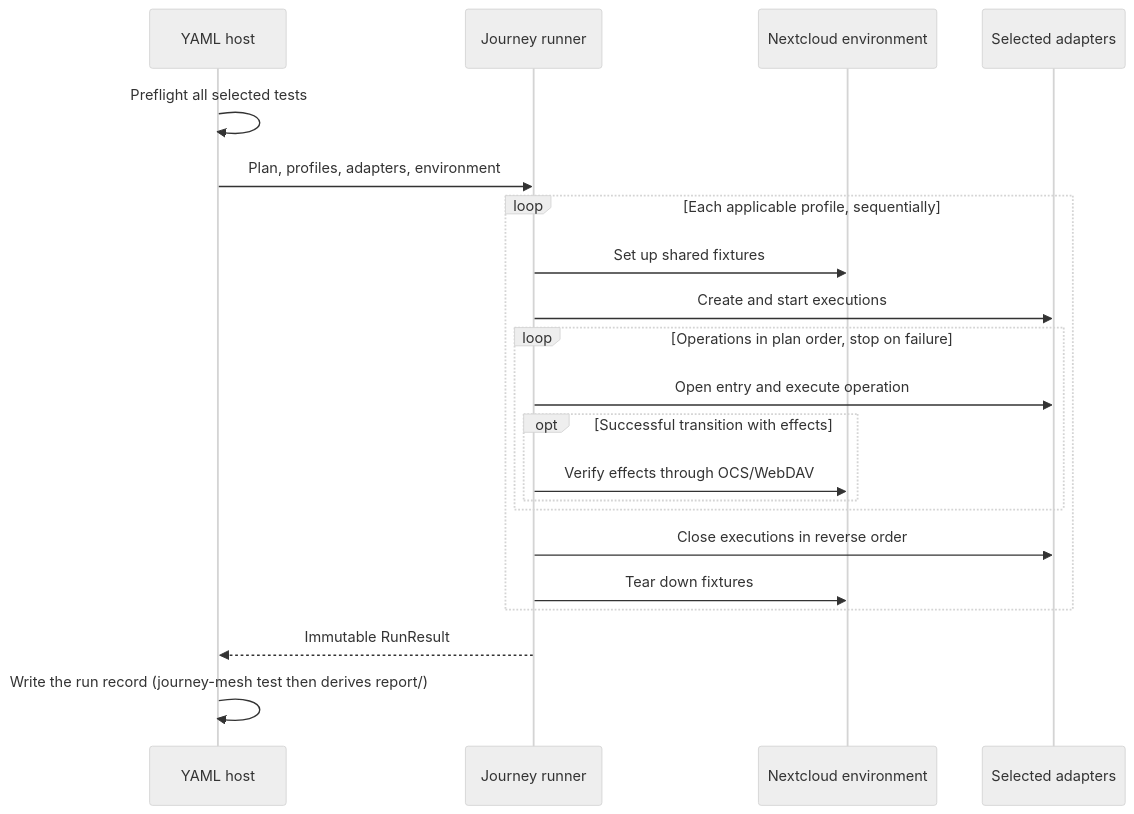
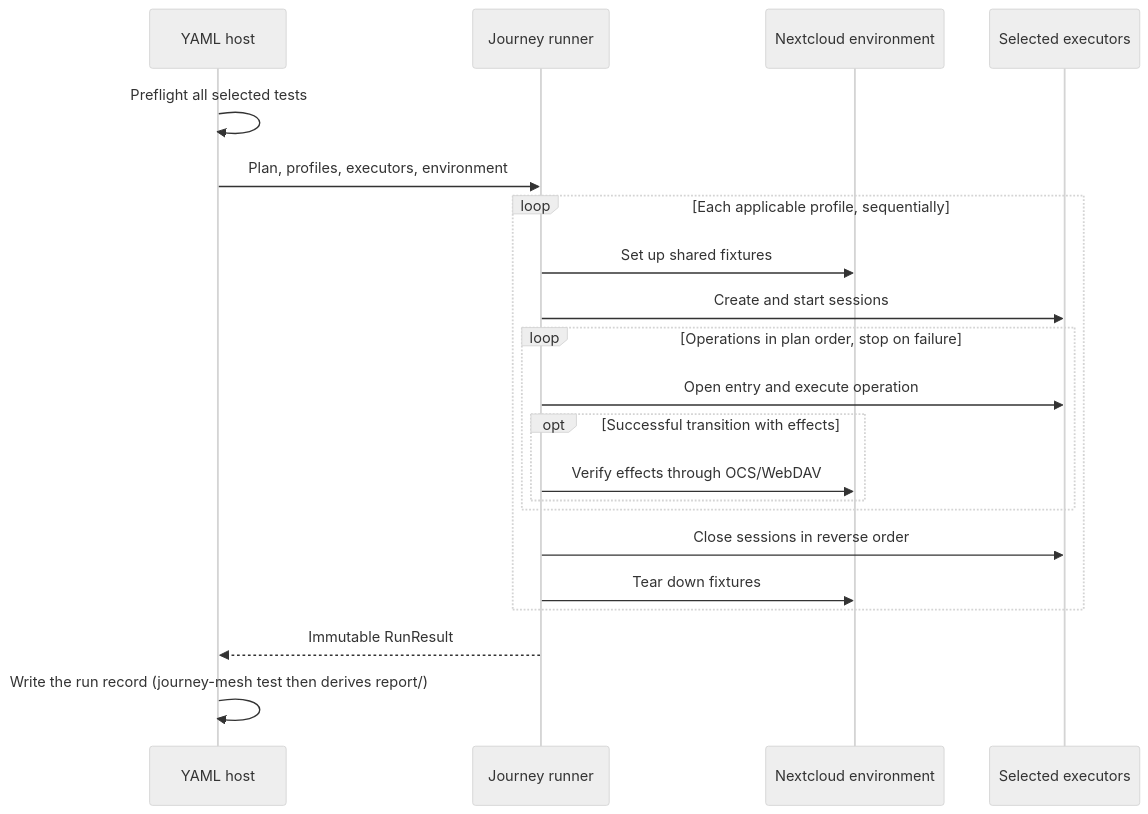
Before and after one commit to openuji/journey-mesh: the fourth of 5 diagrams in examples/nextcloud-filesharing/README.md, drawn with Mermaid (neutral theme). The commit also changed other lines of this file and 20 other files, not shown here.

Commit message:
refactor: architecture lint rules, docs, second-vendor proof

````diff
--- a/examples/nextcloud-filesharing/README.md
+++ b/examples/nextcloud-filesharing/README.md
@@ -340,23 +340,23 @@
 ```mermaid
 sequenceDiagram
   participant Host as YAML host
   participant Runner as Journey runner
   participant Env as Nextcloud environment
-  participant Adapters as Selected adapters
+  participant Executors as Selected executors
   Host->>Host: Preflight all selected tests
-  Host->>Runner: Plan, profiles, adapters, environment
+  Host->>Runner: Plan, profiles, executors, environment
   loop Each applicable profile, sequentially
     Runner->>Env: Set up shared fixtures
-    Runner->>Adapters: Create and start executions
+    Runner->>Executors: Create and start sessions
     loop Operations in plan order, stop on failure
-      Runner->>Adapters: Open entry and execute operation
+      Runner->>Executors: Open entry and execute operation
       opt Successful transition with effects
         Runner->>Env: Verify effects through OCS/WebDAV
       end
     end
-    Runner->>Adapters: Close executions in reverse order
+    Runner->>Executors: Close sessions in reverse order
     Runner->>Env: Tear down fixtures
   end
   Runner-->>Host: Immutable RunResult
   Host->>Host: Write the run record (journey-mesh test then derives report/)
 ```
````
